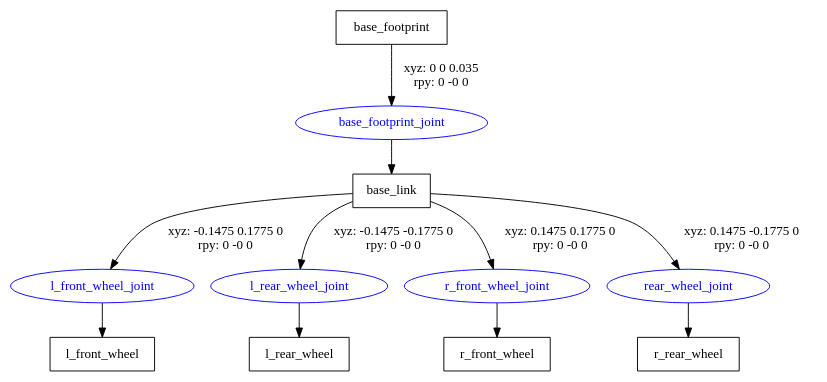
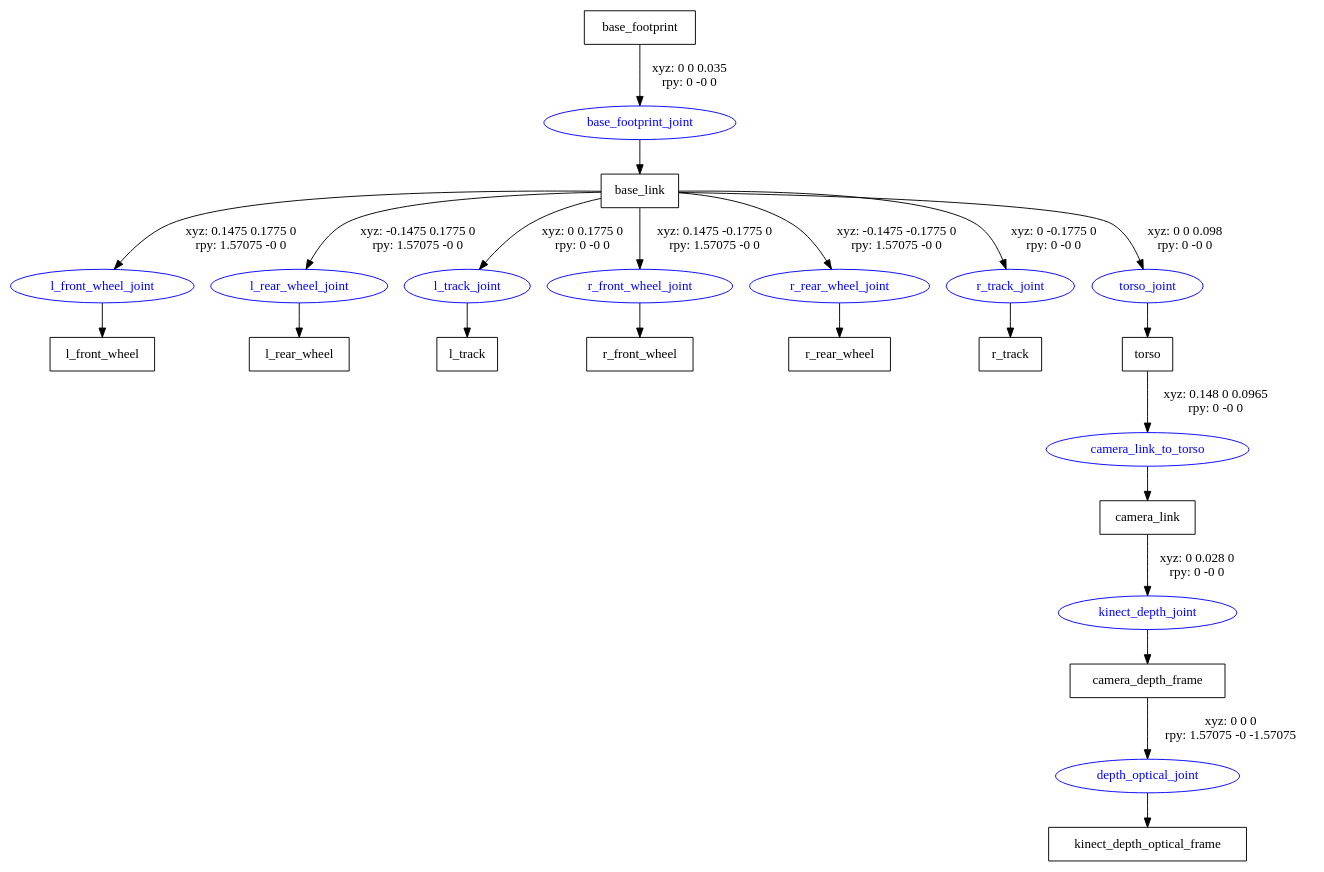
The diagram in src/robot_urdf/urdf/robot.gv (Scheik/ROS-Workspace), drawn with Graphviz before and after one commit. The commit also changed 1 other file, not shown here.

```diff
--- a/src/robot_urdf/urdf/robot.gv
+++ b/src/robot_urdf/urdf/robot.gv
@@ -1,20 +1,38 @@
 digraph G {
 node [shape=box];
 "base_footprint" [label="base_footprint"];
 "base_link" [label="base_link"];
 "l_front_wheel" [label="l_front_wheel"];
 "l_rear_wheel" [label="l_rear_wheel"];
+"l_track" [label="l_track"];
 "r_front_wheel" [label="r_front_wheel"];
 "r_rear_wheel" [label="r_rear_wheel"];
+"r_track" [label="r_track"];
+"torso" [label="torso"];
+"camera_link" [label="camera_link"];
+"camera_depth_frame" [label="camera_depth_frame"];
+"kinect_depth_optical_frame" [label="kinect_depth_optical_frame"];
 node [shape=ellipse, color=blue, fontcolor=blue];
 "base_footprint" -> "base_footprint_joint" [label="xyz: 0 0 0.035 \nrpy: 0 -0 0"]
 "base_footprint_joint" -> "base_link"
-"base_link" -> "l_front_wheel_joint" [label="xyz: -0.1475 0.1775 0 \nrpy: 0 -0 0"]
+"base_link" -> "l_front_wheel_joint" [label="xyz: 0.1475 0.1775 0 \nrpy: 1.57075 -0 0"]
 "l_front_wheel_joint" -> "l_front_wheel"
-"base_link" -> "l_rear_wheel_joint" [label="xyz: -0.1475 -0.1775 0 \nrpy: 0 -0 0"]
+"base_link" -> "l_rear_wheel_joint" [label="xyz: -0.1475 0.1775 0 \nrpy: 1.57075 -0 0"]
 "l_rear_wheel_joint" -> "l_rear_wheel"
-"base_link" -> "r_front_wheel_joint" [label="xyz: 0.1475 0.1775 0 \nrpy: 0 -0 0"]
+"base_link" -> "l_track_joint" [label="xyz: 0 0.1775 0 \nrpy: 0 -0 0"]
+"l_track_joint" -> "l_track"
+"base_link" -> "r_front_wheel_joint" [label="xyz: 0.1475 -0.1775 0 \nrpy: 1.57075 -0 0"]
 "r_front_wheel_joint" -> "r_front_wheel"
-"base_link" -> "rear_wheel_joint" [label="xyz: 0.1475 -0.1775 0 \nrpy: 0 -0 0"]
-"rear_wheel_joint" -> "r_rear_wheel"
+"base_link" -> "r_rear_wheel_joint" [label="xyz: -0.1475 -0.1775 0 \nrpy: 1.57075 -0 0"]
+"r_rear_wheel_joint" -> "r_rear_wheel"
+"base_link" -> "r_track_joint" [label="xyz: 0 -0.1775 0 \nrpy: 0 -0 0"]
+"r_track_joint" -> "r_track"
+"base_link" -> "torso_joint" [label="xyz: 0 0 0.098 \nrpy: 0 -0 0"]
+"torso_joint" -> "torso"
+"torso" -> "camera_link_to_torso" [label="xyz: 0.148 0 0.0965 \nrpy: 0 -0 0"]
+"camera_link_to_torso" -> "camera_link"
+"camera_link" -> "kinect_depth_joint" [label="xyz: 0 0.028 0 \nrpy: 0 -0 0"]
+"kinect_depth_joint" -> "camera_depth_frame"
+"camera_depth_frame" -> "depth_optical_joint" [label="xyz: 0 0 0 \nrpy: 1.57075 -0 -1.57075"]
+"depth_optical_joint" -> "kinect_depth_optical_frame"
 }
```
